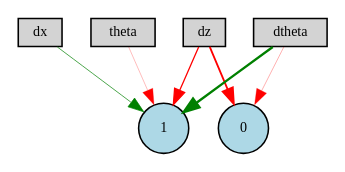
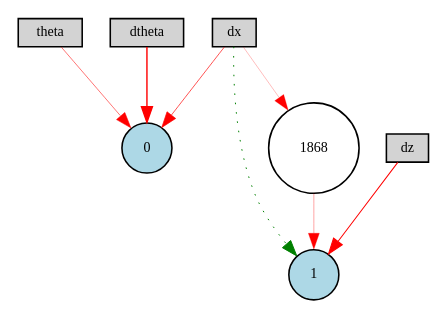
Before and after one commit to benjaminkeltjens/BioInspiredDrone: the diagram in second_stabiliser/winner-ctrnn.gv, drawn with Graphviz. The commit also changed 890 other files, not shown here.

```diff
--- a/second_stabiliser/winner-ctrnn.gv
+++ b/second_stabiliser/winner-ctrnn.gv
@@ -1,15 +1,17 @@
 digraph {
 	node [fontsize=9 height=0.2 shape=circle width=0.2]
 	dx [fillcolor=lightgray shape=box style=filled]
 	dz [fillcolor=lightgray shape=box style=filled]
 	theta [fillcolor=lightgray shape=box style=filled]
 	dtheta [fillcolor=lightgray shape=box style=filled]
 	0 [fillcolor=lightblue style=filled]
 	1 [fillcolor=lightblue style=filled]
-	dtheta -> 0 [color=red penwidth=0.19914328344301857 style=solid]
-	dz -> 0 [color=red penwidth=1.1744240668794 style=solid]
-	dz -> 1 [color=red penwidth=0.818465338560004 style=solid]
-	dx -> 1 [color=green penwidth=0.4492312161400024 style=solid]
-	dtheta -> 1 [color=green penwidth=1.524537467555033 style=solid]
-	theta -> 1 [color=red penwidth=0.17476324316210795 style=solid]
+	1868 [fillcolor=white style=filled]
+	theta -> 0 [color=red penwidth=0.3535841781095308 style=solid]
+	dtheta -> 0 [color=red penwidth=0.9085362209553732 style=solid]
+	dx -> 1 [color=green penwidth=0.6348498355813891 style=dotted]
+	dz -> 1 [color=red penwidth=0.6631293774898905 style=solid]
+	dx -> 0 [color=red penwidth=0.4330043551273727 style=solid]
+	dx -> 1868 [color=red penwidth=0.17431797680472377 style=solid]
+	1868 -> 1 [color=red penwidth=0.22687578840716474 style=solid]
 }
```
